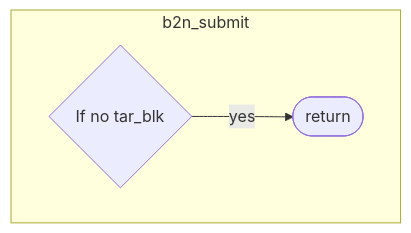
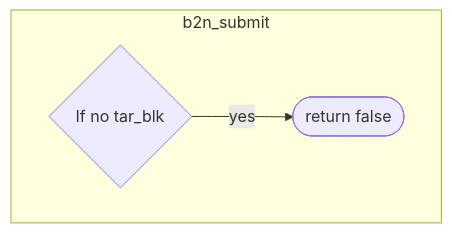
One commit to jenny112646/iodraw-files changed the diagram in all/未命名-2.md. Above: the diagram before and after it, drawn with Mermaid.

Commit message:
2024-06-07 10:48:39 update

````diff
--- a/all/未命名-2.md
+++ b/all/未命名-2.md
@@ -1,6 +1,6 @@
 ```mermaid
 flowchart TD
 subgraph b2n_submit
-    c1{"If no tar_blk"} --yes--> c2([return])
+    c1{"If no tar_blk"} --yes--> c2([return false])
 end
 ```
````
